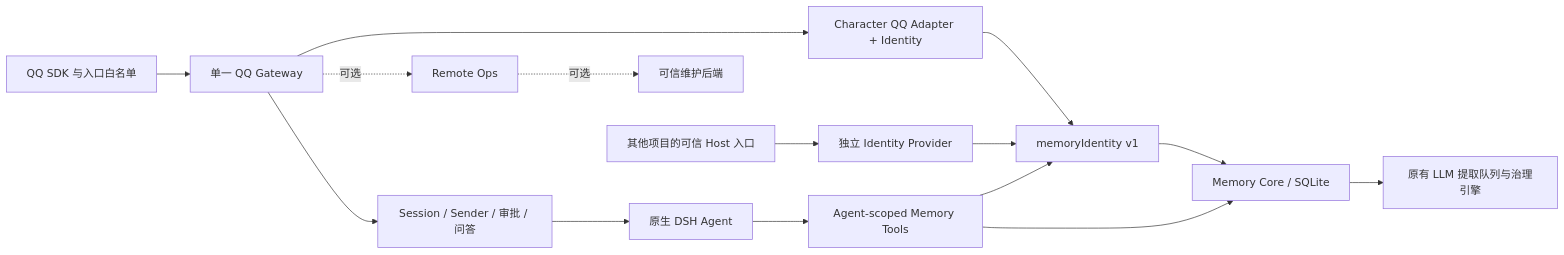
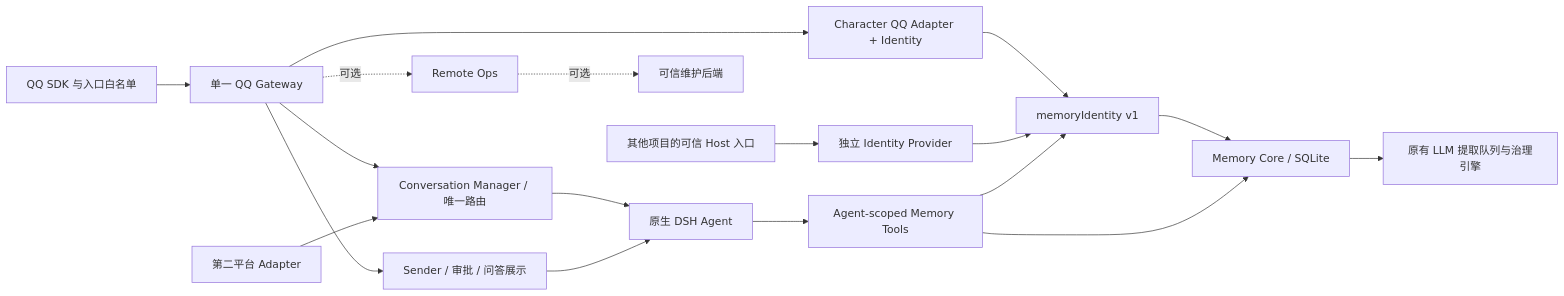
Before and after one commit to EJYDOvO/character-agent-v1: the diagram in docs/ARCHITECTURE.md, drawn with Mermaid. The commit also changed other lines of this file and 7 other files, not shown here.

````diff
--- a/docs/ARCHITECTURE.md
+++ b/docs/ARCHITECTURE.md
@@ -26,17 +30,20 @@
 ```mermaid
 flowchart LR
   QQ[QQ SDK 与入口白名单] --> G[单一 QQ Gateway]
-  G --> S[Session / Sender / 审批 / 问答]
+  G --> S[Sender / 审批 / 问答展示]
+  G --> CM[Conversation Manager / 唯一路由]
+  P[第二平台 Adapter] --> CM
+  CM --> A
   S --> A[原生 DSH Agent]
   G -.可选.-> O[Remote Ops]
   O -.可选.-> M[可信维护后端]
   G --> CI[Character QQ Adapter + Identity]
   L[其他项目的可信 Host 入口] --> LI[独立 Identity Provider]
   CI --> I[memoryIdentity v1]
   LI --> I
   I --> C[Memory Core / SQLite]
   A --> T[Agent-scoped Memory Tools]
   T --> I
   T --> C
   C --> E[原有 LLM 提取队列与治理引擎]
 ```
````
